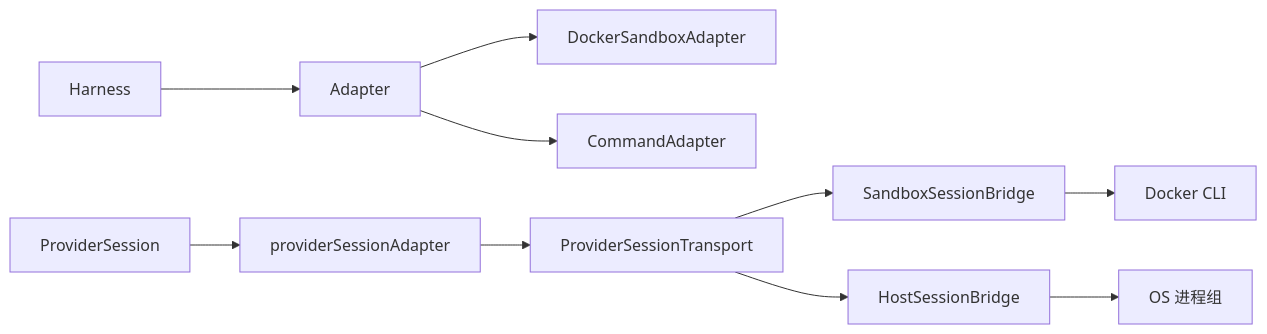
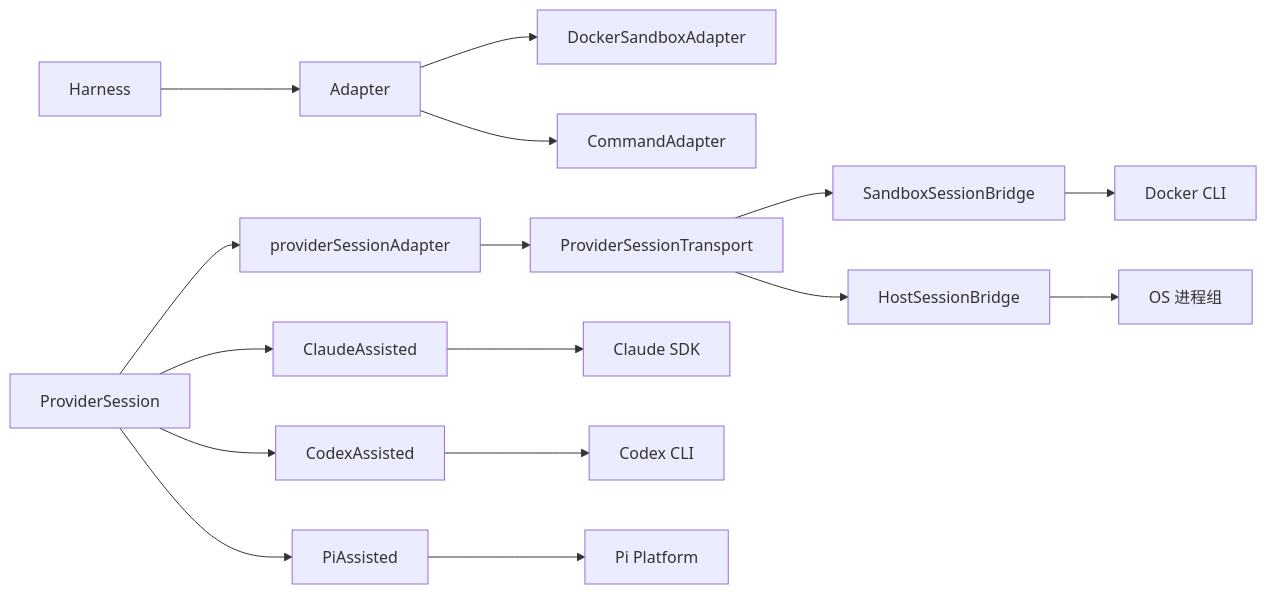
One commit to n1majne3/CyberPenda changed the seventh of 7 diagrams in .qoder/repowiki/zh/content/运行时与沙箱/运行时抽象层.md. Above: the diagram before and after it, drawn with Mermaid. The commit also changed other lines of this file and 6 other files, not shown here.

````diff
--- a/.qoder/repowiki/zh/content/运行时与沙箱/运行时抽象层.md
+++ b/.qoder/repowiki/zh/content/运行时与沙箱/运行时抽象层.md
@@ -331,12 +406,18 @@
 ```mermaid
 graph LR
 Harness["Harness"] --> Adapter["Adapter"]
 Adapter --> DockerSandbox["DockerSandboxAdapter"]
 Adapter --> CommandAdapter["CommandAdapter"]
 ProviderSession["ProviderSession"] --> ProviderAdapters["providerSessionAdapter"]
 ProviderAdapters --> Transport["ProviderSessionTransport"]
 Transport --> SandboxBridge["SandboxSessionBridge"]
 Transport --> HostBridge["HostSessionBridge"]
 SandboxBridge --> DockerCLI["Docker CLI"]
 HostBridge --> OSProc["OS 进程组"]
+ProviderSession --> ClaudeAssisted["ClaudeAssisted"]
+ProviderSession --> CodexAssisted["CodexAssisted"]
+ProviderSession --> PiAssisted["PiAssisted"]
+ClaudeAssisted --> ClaudeSDK["Claude SDK"]
+CodexAssisted --> CodexCLI["Codex CLI"]
+PiAssisted --> PiPlatform["Pi Platform"]
 ```
````
